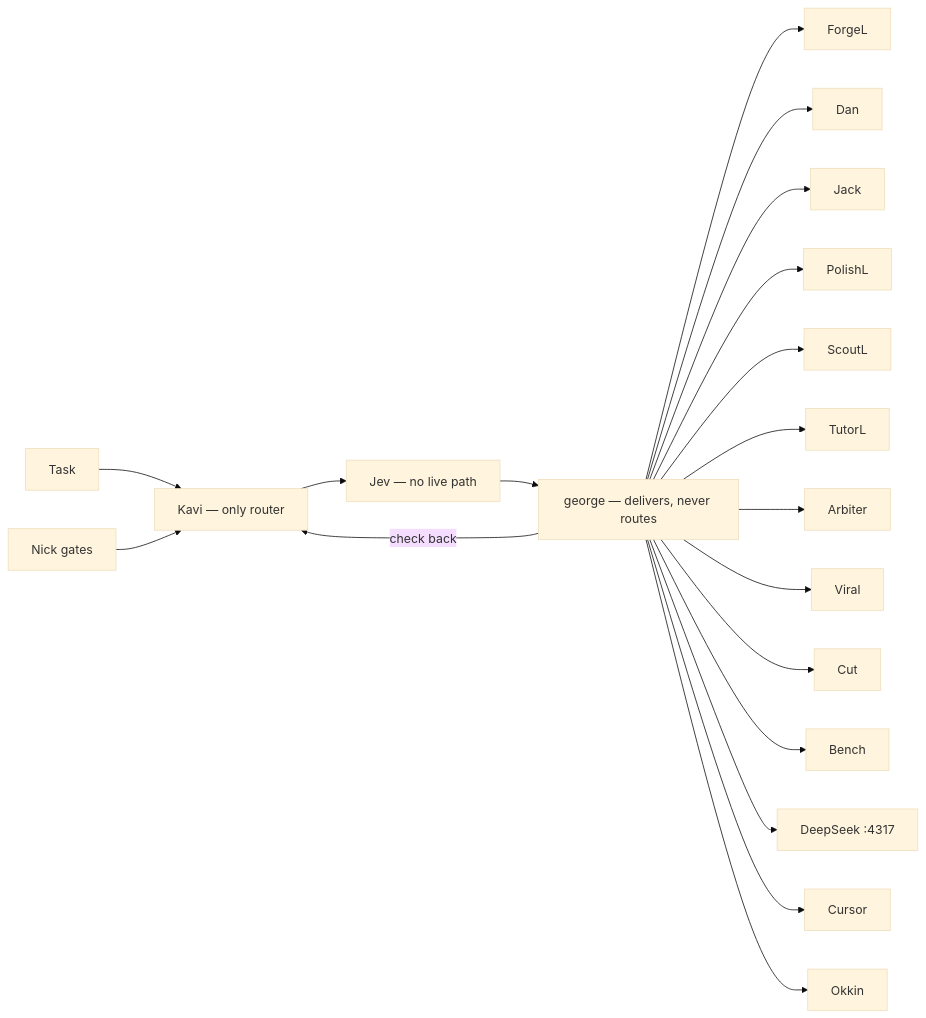
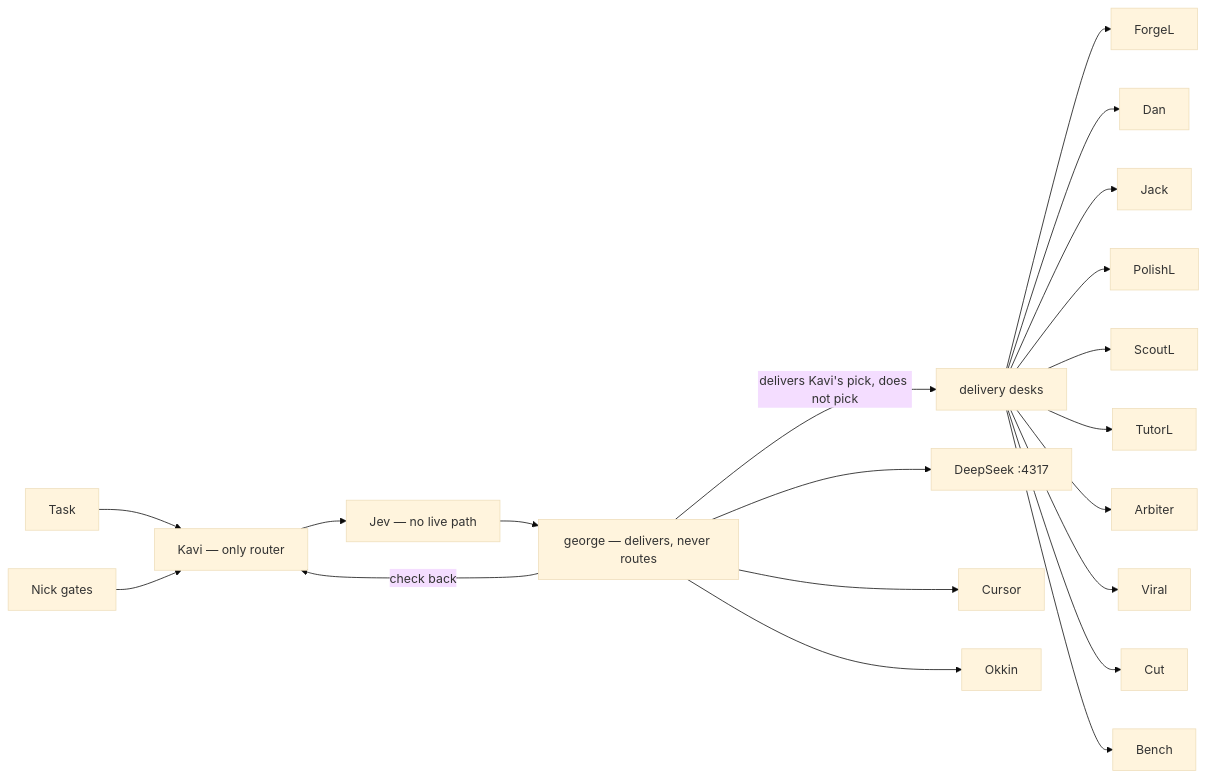
The diagram in docs/ROUTING-MAP.md (nicholibb-prog/agent-office), drawn with Mermaid (base theme) before and after one commit. The commit also changed other lines of this file, not shown here.

First line of the commit message:
Lock Kavi as the only router

````diff
--- a/docs/ROUTING-MAP.md
+++ b/docs/ROUTING-MAP.md
@@ -9,10 +11,11 @@
 ```mermaid
 flowchart LR
   Task --> Kavi["Kavi — only router"]
   Nick["Nick gates"] --> Kavi
   Kavi --> Jev["Jev — no live path"]
   Jev --> George["george — delivers, never routes"]
   George -->|"check back"| Kavi
-  George --> ForgeL & Dan & Jack & PolishL & ScoutL & TutorL & Arbiter & Viral & Cut & Bench
+  George -->|"delivers Kavi's pick, does not pick"| Desks["delivery desks"]
+  Desks --> ForgeL & Dan & Jack & PolishL & ScoutL & TutorL & Arbiter & Viral & Cut & Bench
   George --> DS["DeepSeek :4317"] & Cursor & Okkin
 ```
````
